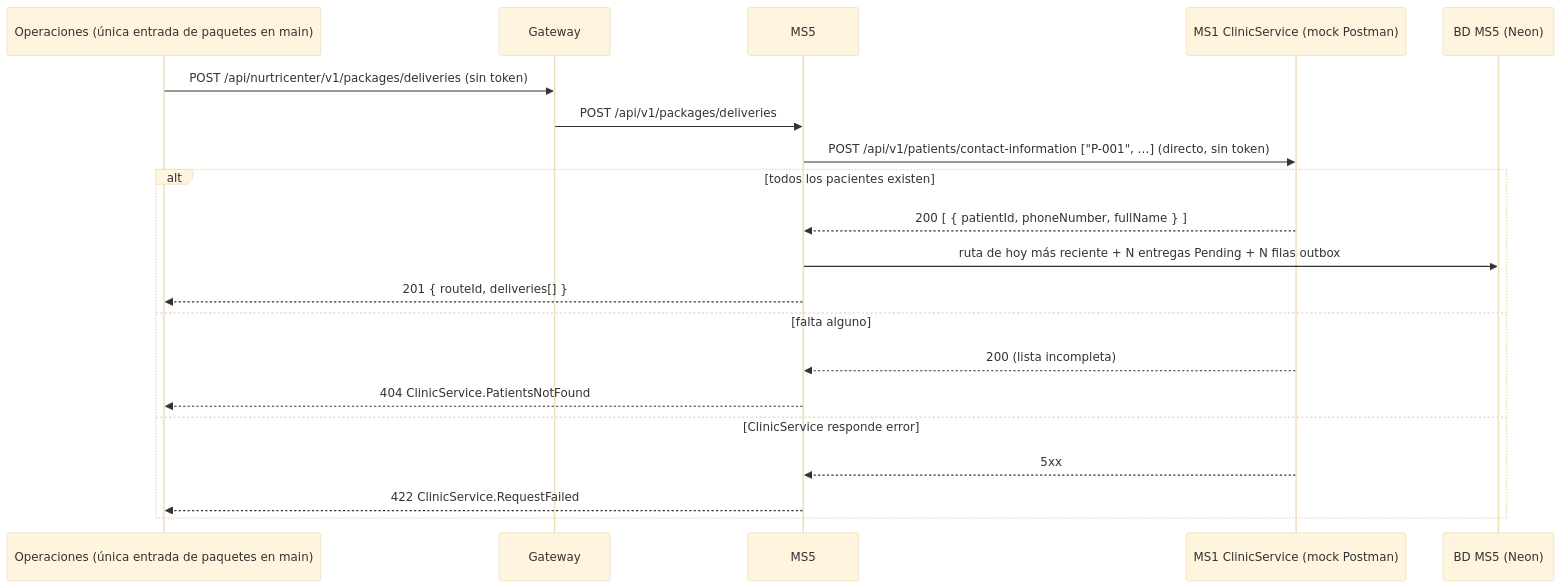
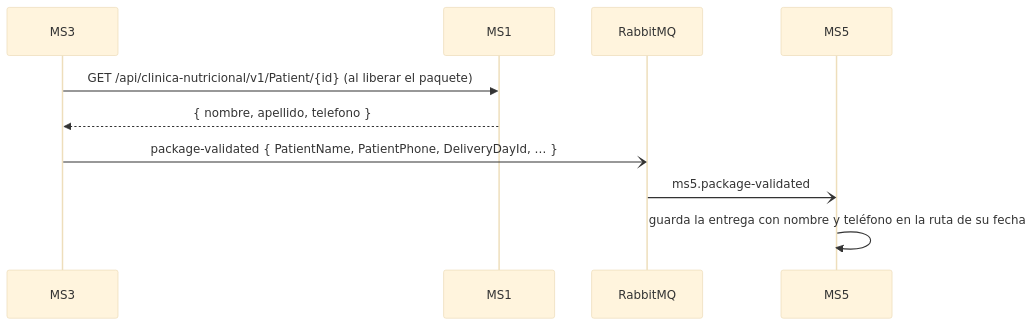
Before and after one commit to Nur-tricenter/knowledge: the diagram in services/ms5-logistics/integrations.md, drawn with Mermaid (base theme). The commit also changed other lines of this file and 30 other files, not shown here.

````diff
--- a/services/ms5-logistics/integrations.md
+++ b/services/ms5-logistics/integrations.md
@@ -40,22 +20,12 @@
 ```mermaid
 sequenceDiagram
-  participant P as Operaciones (única entrada de paquetes en main)
-  participant GW as Gateway
+  participant M3 as MS3
+  participant M1 as MS1
+  participant MQ as RabbitMQ
   participant MS5
-  participant CS as MS1 ClinicService (mock Postman)
-  participant DB as BD MS5 (Neon)
-  P->>GW: POST /api/nurtricenter/v1/packages/deliveries (sin token)
-  GW->>MS5: POST /api/v1/packages/deliveries
-  MS5->>CS: POST /api/v1/patients/contact-information ["P-001", …] (directo, sin token)
-  alt todos los pacientes existen
-    CS-->>MS5: 200 [ { patientId, phoneNumber, fullName } ]
-    MS5->>DB: ruta de hoy más reciente + N entregas Pending + N filas outbox
-    MS5-->>P: 201 { routeId, deliveries[] }
-  else falta alguno
-    CS-->>MS5: 200 (lista incompleta)
-    MS5-->>P: 404 ClinicService.PatientsNotFound
-  else ClinicService responde error
-    CS-->>MS5: 5xx
-    MS5-->>P: 422 ClinicService.RequestFailed
-  end
+  M3->>M1: GET /api/clinica-nutricional/v1/Patient/{id} (al liberar el paquete)
+  M1-->>M3: { nombre, apellido, telefono }
+  M3-)MQ: package-validated { PatientName, PatientPhone, DeliveryDayId, … }
+  MQ-)MS5: ms5.package-validated
+  MS5->>MS5: guarda la entrega con nombre y teléfono en la ruta de su fecha
 ```
````
